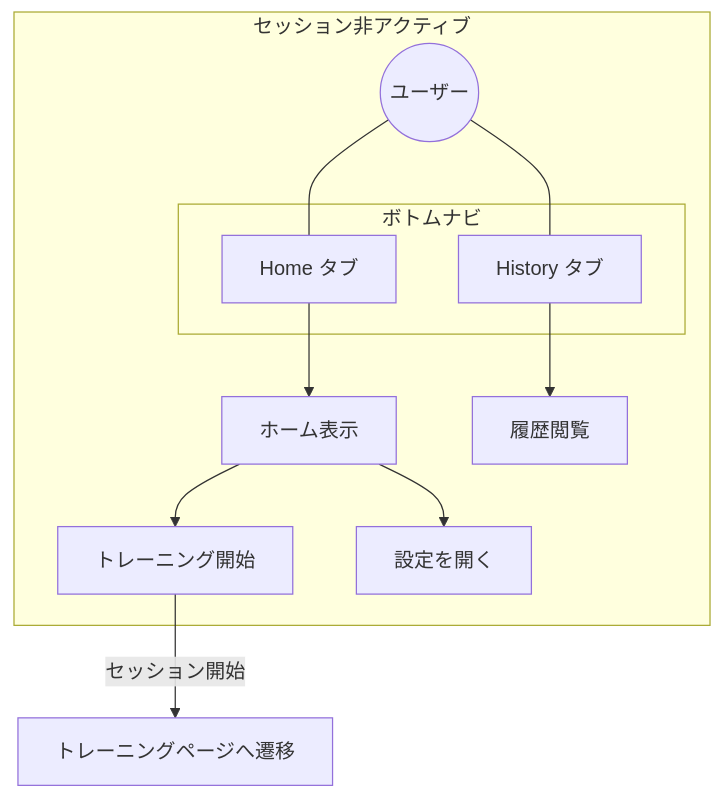
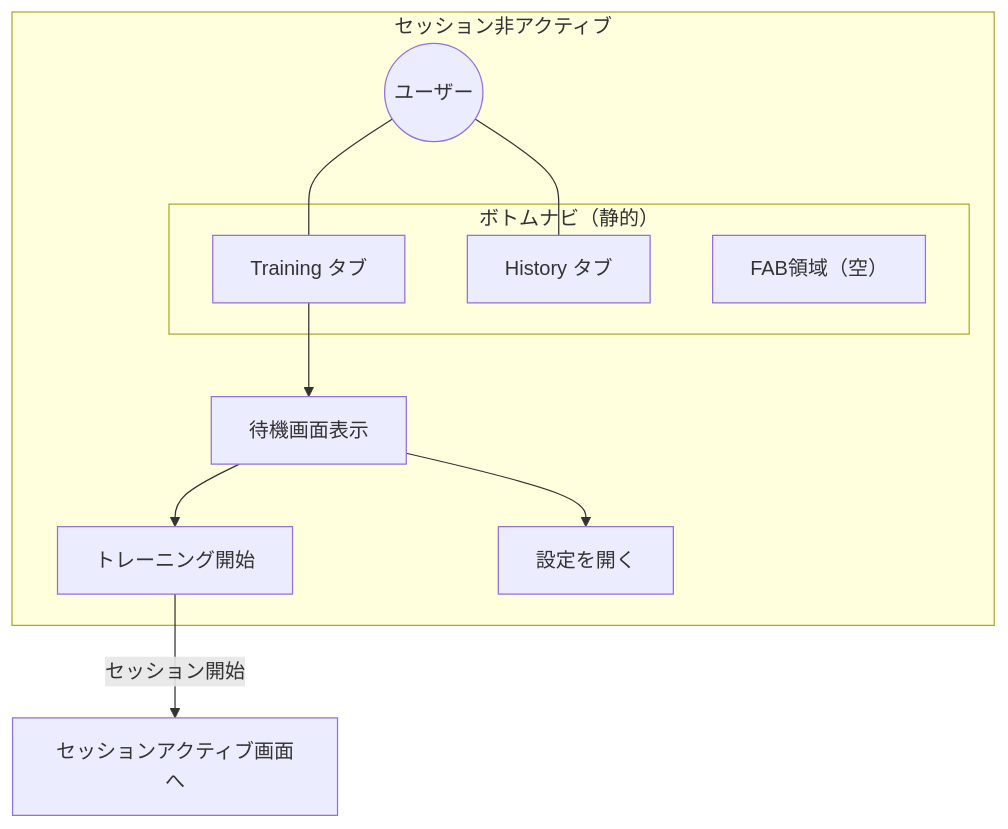
Before and after one commit to SakumaTakuya/gymini: the second of 5 diagrams in .sdd/requirement/navigation.md, drawn with Mermaid. The commit also changed other lines of this file and 2 other files, not shown here.

````diff
--- a/.sdd/requirement/navigation.md
+++ b/.sdd/requirement/navigation.md
@@ -88,23 +98,22 @@
 ```mermaid
 graph TB
     subgraph "セッション非アクティブ"
         User((ユーザー))
-        ViewHome[ホーム表示]
+        ViewIdle[待機画面表示]
         StartTraining[トレーニング開始]
-        ViewHistory[履歴閲覧]
         OpenSettings[設定を開く]
 
-        subgraph "ボトムナビ"
-            TabHome["Home タブ"]
+        subgraph "ボトムナビ（静的）"
+            TabTraining["Training タブ"]
             TabHistory["History タブ"]
+            FABArea["FAB領域（空）"]
         end
     end
 
-    User --- TabHome
+    User --- TabTraining
     User --- TabHistory
-    TabHome --> ViewHome
-    TabHistory --> ViewHistory
-    ViewHome --> StartTraining
-    ViewHome --> OpenSettings
-    StartTraining -->|"セッション開始"| Training[トレーニングページへ遷移]
+    TabTraining --> ViewIdle
+    ViewIdle --> StartTraining
+    ViewIdle --> OpenSettings
+    StartTraining -->|"セッション開始"| ActiveSession[セッションアクティブ画面へ]
 ```
````
